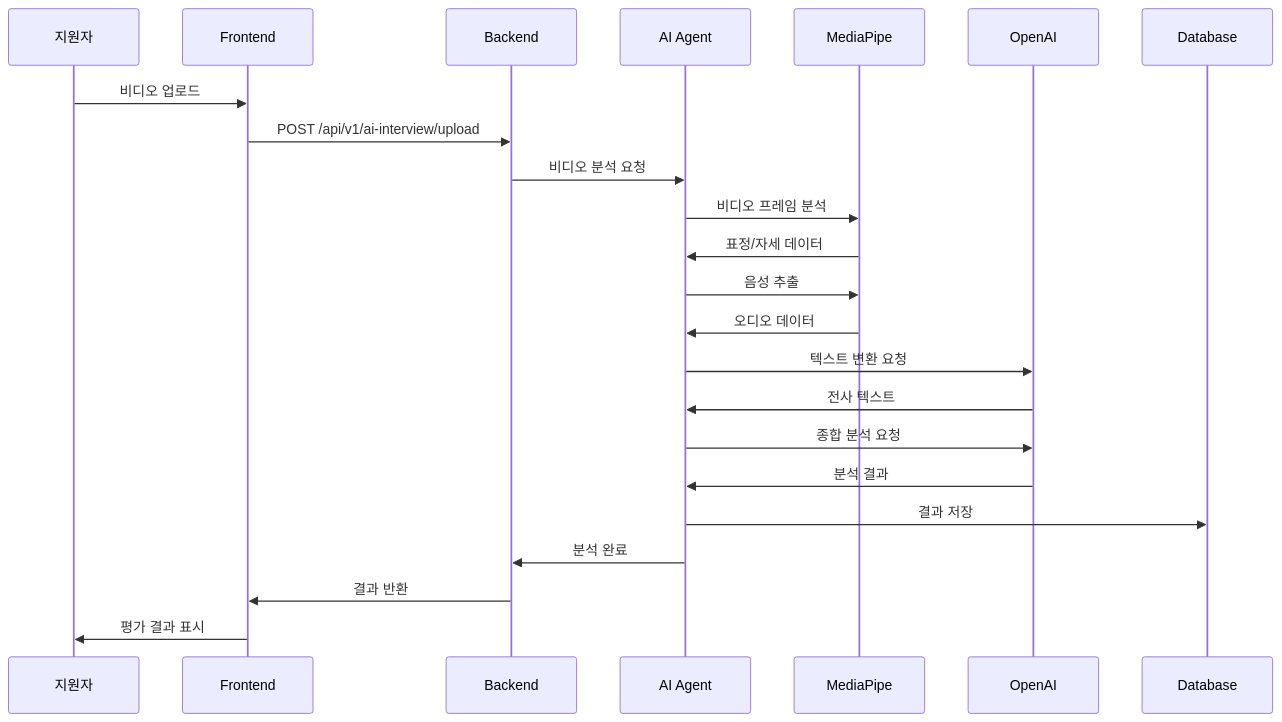
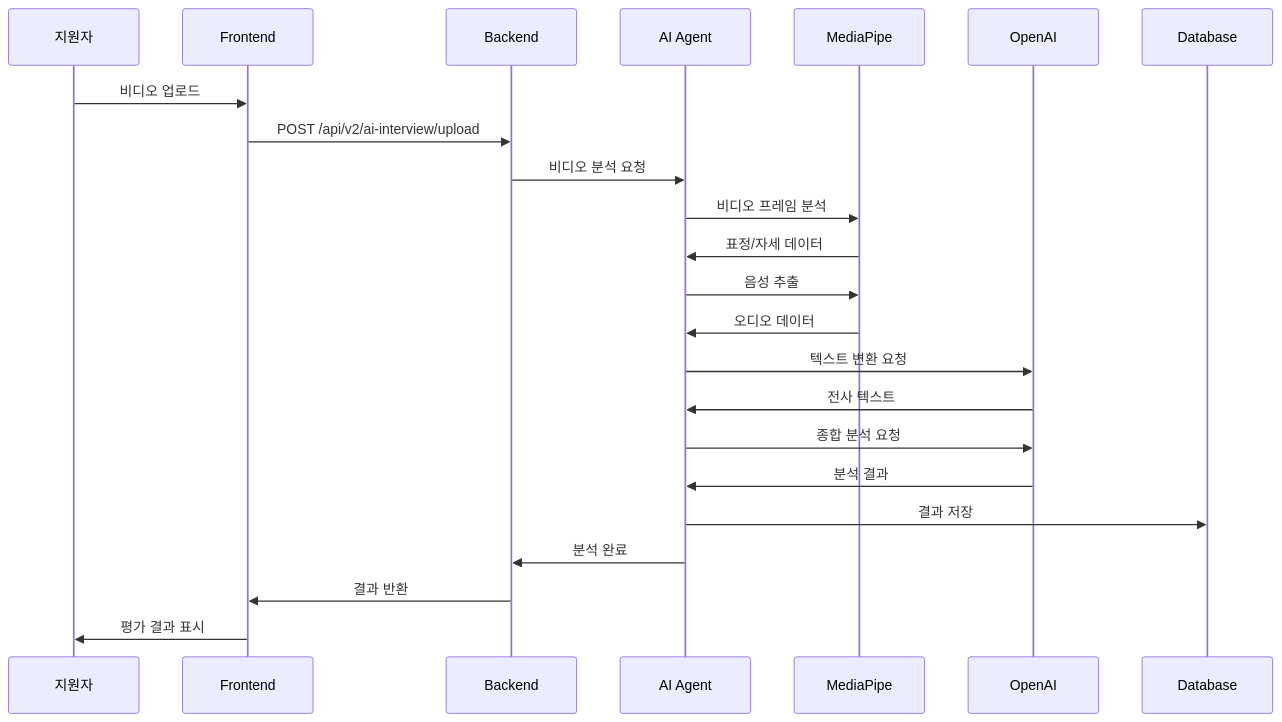
One commit to ttogle918/KOCRUIT changed the second of 5 diagrams in docs/diagrams/architecture/interview-system-architecture.md. Above: the diagram before and after it, drawn with Mermaid. The commit also changed 84 other files, not shown here.

Commit message:
refactor: Migrate to v2 architecture, fix import paths, and prepare for DB normalization

````diff
--- a/docs/diagrams/architecture/interview-system-architecture.md
+++ b/docs/diagrams/architecture/interview-system-architecture.md
@@ -106,26 +106,26 @@
 ```mermaid
 sequenceDiagram
     participant U as 지원자
     participant F as Frontend
     participant B as Backend
     participant A as AI Agent
     participant M as MediaPipe
     participant O as OpenAI
     participant D as Database
     
     U->>F: 비디오 업로드
-    F->>B: POST /api/v1/ai-interview/upload
+    F->>B: POST /api/v2/ai-interview/upload
     B->>A: 비디오 분석 요청
     A->>M: 비디오 프레임 분석
     M->>A: 표정/자세 데이터
     A->>M: 음성 추출
     M->>A: 오디오 데이터
     A->>O: 텍스트 변환 요청
     O->>A: 전사 텍스트
     A->>O: 종합 분석 요청
     O->>A: 분석 결과
     A->>D: 결과 저장
     A->>B: 분석 완료
     B->>F: 결과 반환
     F->>U: 평가 결과 표시
 ```
````
